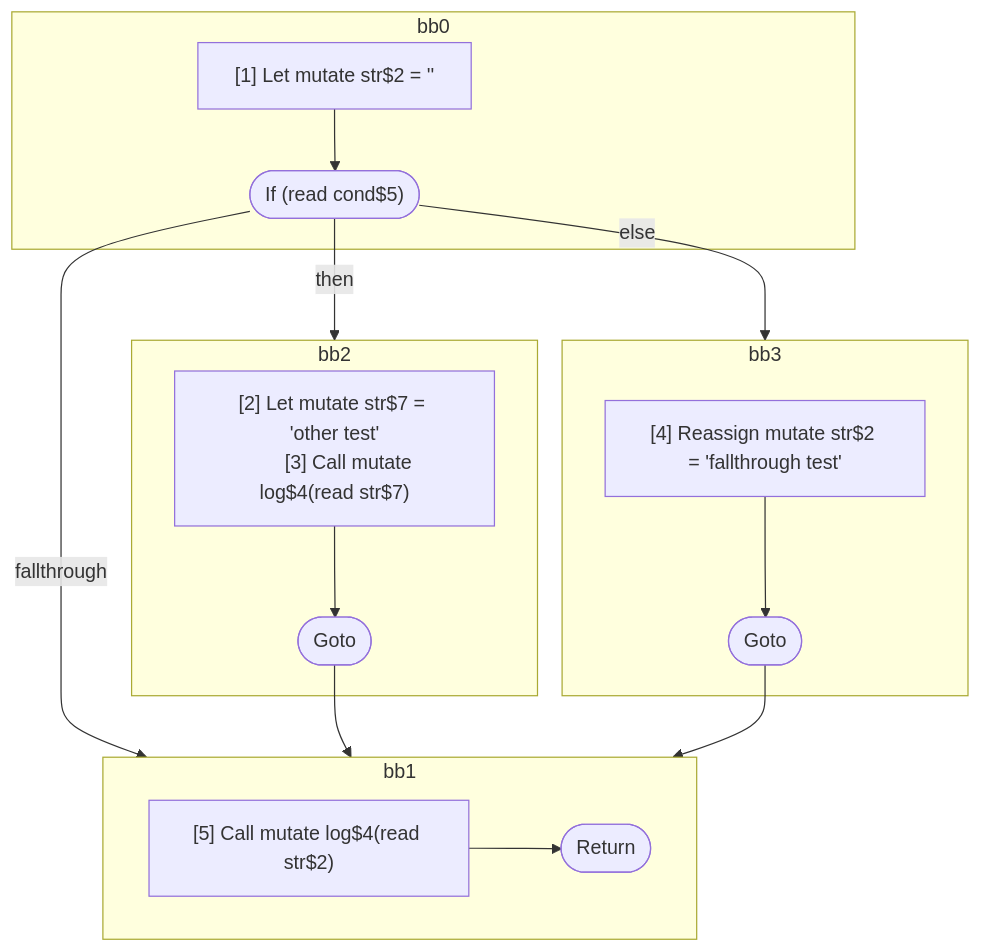
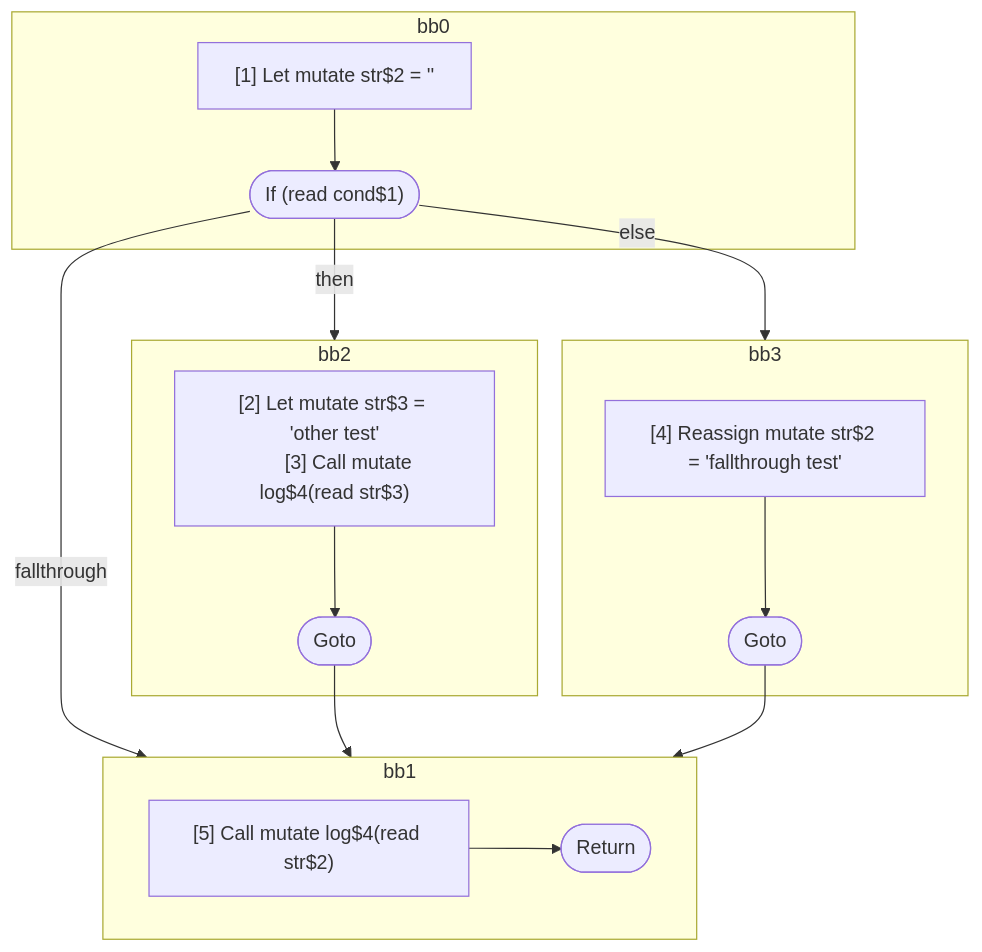
The second of 2 diagrams in compiler/forget/src/__tests__/fixtures/hir/ssa-shadowing.expect.md (wutsmog/private), drawn with Mermaid before and after one commit. The commit also changed other lines of this file and 57 other files, not shown here.

````diff
--- a/compiler/forget/src/__tests__/fixtures/hir/ssa-shadowing.expect.md
+++ b/compiler/forget/src/__tests__/fixtures/hir/ssa-shadowing.expect.md
@@ -71,37 +71,37 @@
 ```mermaid
 flowchart TB
   %% Basic Blocks
   subgraph bb0
     bb0_instrs["
       [1] Let mutate str$2 = ''
     "]
-    bb0_instrs --> bb0_terminal(["If (read cond$5)"])
+    bb0_instrs --> bb0_terminal(["If (read cond$1)"])
   end
   subgraph bb2
     bb2_instrs["
-      [2] Let mutate str$7 = 'other test'
-      [3] Call mutate log$4(read str$7)
+      [2] Let mutate str$3 = 'other test'
+      [3] Call mutate log$4(read str$3)
     "]
     bb2_instrs --> bb2_terminal(["Goto"])
   end
   subgraph bb3
     bb3_instrs["
       [4] Reassign mutate str$2 = 'fallthrough test'
     "]
     bb3_instrs --> bb3_terminal(["Goto"])
   end
   subgraph bb1
     bb1_instrs["
       [5] Call mutate log$4(read str$2)
     "]
     bb1_instrs --> bb1_terminal(["Return"])
   end
 
   %% Jumps
   bb0_terminal -- then --> bb2
   bb0_terminal -- else --> bb3
   bb0_terminal -- fallthrough --> bb1
   bb2_terminal --> bb1
   bb3_terminal --> bb1
 
 ```
````
